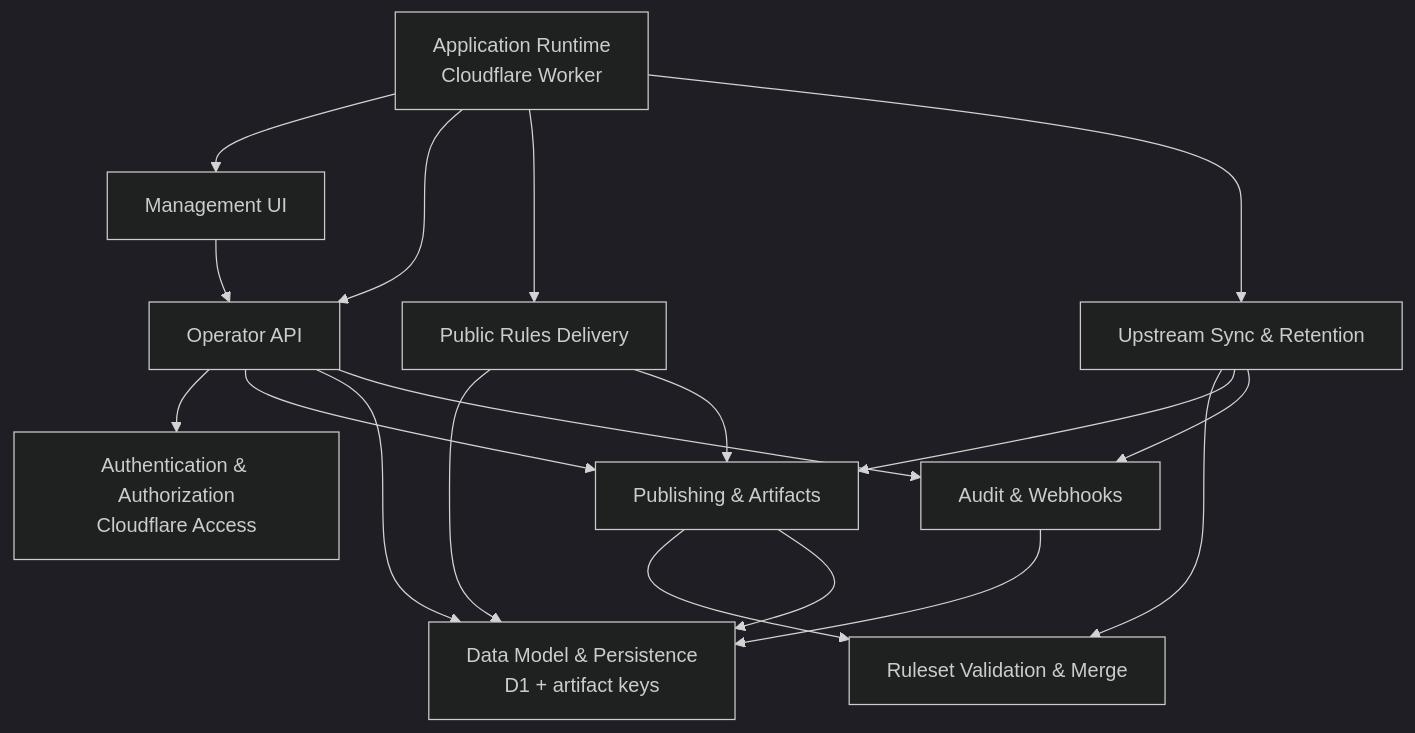
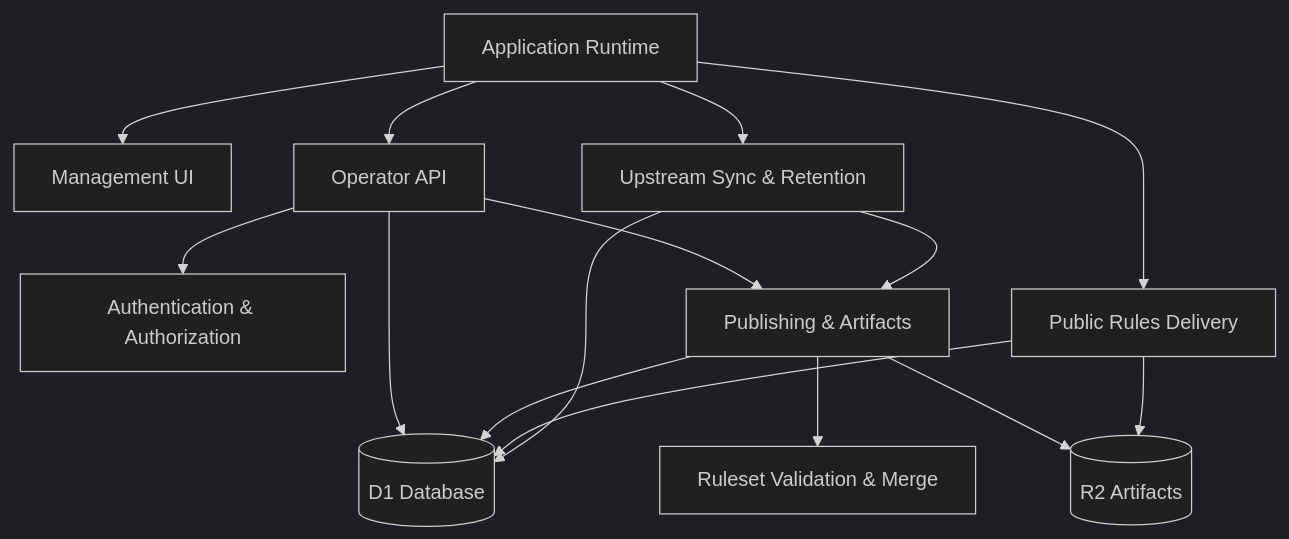
One commit to DailenG/CheckDeployManager changed the diagram in docs/wiki/README.md. Above: the diagram before and after it, drawn with Mermaid (dark theme). The commit also changed other lines of this file and 12 other files, not shown here.

````diff
--- a/docs/wiki/README.md
+++ b/docs/wiki/README.md
@@ -16,31 +16,28 @@
 ```mermaid
 flowchart TD
-  Runtime[Application Runtime<br/>Cloudflare Worker]
-  Auth[Authentication & Authorization<br/>Cloudflare Access]
+  Worker[Application Runtime]
   UI[Management UI]
   API[Operator API]
+  Auth[Authentication & Authorization]
   Public[Public Rules Delivery]
+  Publish[Publishing & Artifacts]
+  Merge[Ruleset Validation & Merge]
   Sync[Upstream Sync & Retention]
-  Publish[Publishing & Artifacts]
-  Validate[Ruleset Validation & Merge]
-  Data[Data Model & Persistence<br/>D1 + artifact keys]
-  Audit[Audit & Webhooks]
+  D1[(D1 Database)]
+  R2[(R2 Artifacts)]
 
-  Runtime --> UI
-  Runtime --> API
-  Runtime --> Public
-  Runtime --> Sync
+  Worker --> UI
+  Worker --> API
+  Worker --> Public
+  Worker --> Sync
   API --> Auth
-  UI --> API
+  API --> D1
   API --> Publish
-  API --> Data
-  API --> Audit
-  Public --> Data
-  Public --> Publish
-  Sync --> Validate
+  Publish --> Merge
+  Publish --> D1
+  Publish --> R2
+  Public --> D1
+  Public --> R2
+  Sync --> D1
   Sync --> Publish
-  Sync --> Audit
-  Publish --> Validate
-  Publish --> Data
-  Audit --> Data
 ```
````
